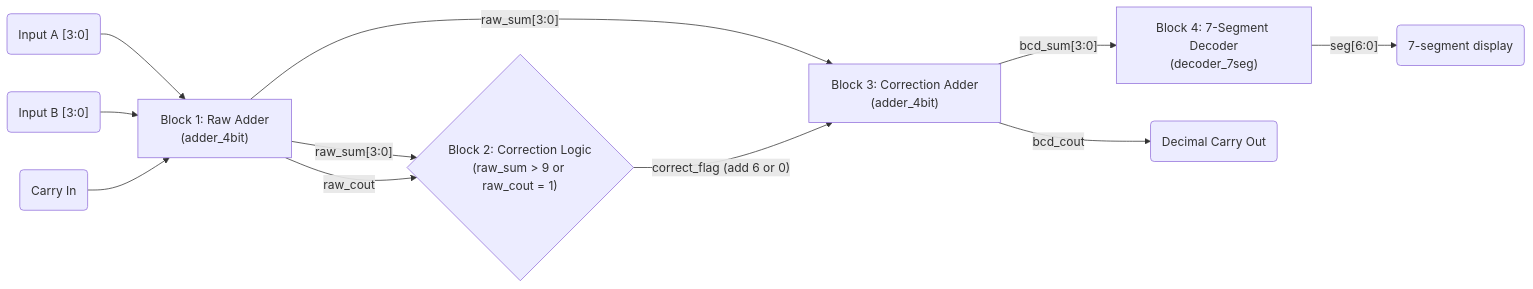
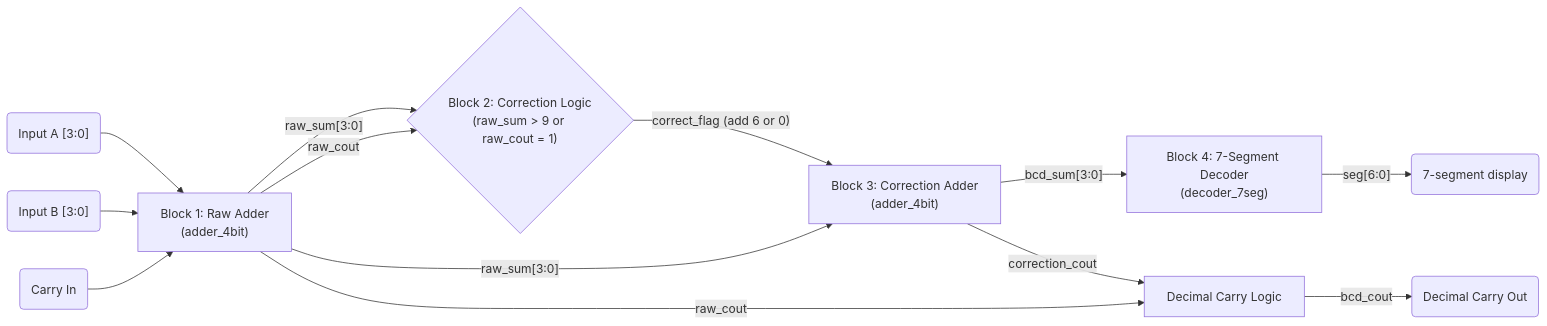
Before and after one commit to nos1012/ce2032-vlsi-bcd-adder: the diagram in README.md, drawn with Mermaid. The commit also changed other lines of this file and 2 other files, not shown here.

Commit message:
feat: add integrated BCD adder top module

````diff
--- a/README.md
+++ b/README.md
@@ -6,19 +6,21 @@
 ```mermaid
 graph LR
     A("Input A [3:0]") --> ADDER1
     B("Input B [3:0]") --> ADDER1
     CIN("Carry In") --> ADDER1
 
     ADDER1["Block 1: Raw Adder<br/>(adder_4bit)"]
     CORRECT_LOGIC{"Block 2: Correction Logic<br/>(raw_sum > 9 or raw_cout = 1)"}
     ADDER2["Block 3: Correction Adder<br/>(adder_4bit)"]
     DECODER["Block 4: 7-Segment Decoder<br/>(decoder_7seg)"]
 
     ADDER1 -- "raw_sum[3:0]" --> CORRECT_LOGIC
     ADDER1 -- "raw_cout" --> CORRECT_LOGIC
     ADDER1 -- "raw_sum[3:0]" --> ADDER2
     CORRECT_LOGIC -- "correct_flag (add 6 or 0)" --> ADDER2
     ADDER2 -- "bcd_sum[3:0]" --> DECODER
-    ADDER2 -- "bcd_cout" --> BCD_COUT("Decimal Carry Out")
+    ADDER1 -- "raw_cout" --> CARRY_OR["Decimal Carry Logic"]
+    ADDER2 -- "correction_cout" --> CARRY_OR
+    CARRY_OR -- "bcd_cout" --> BCD_COUT("Decimal Carry Out")
     DECODER -- "seg[6:0]" --> LED("7-segment display")
 ```
````
